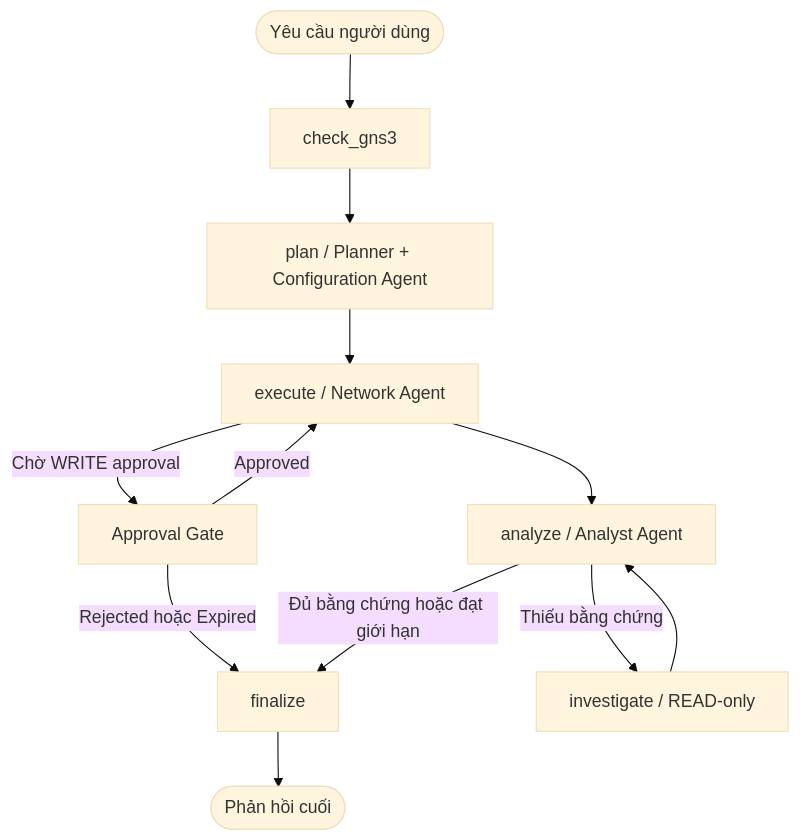
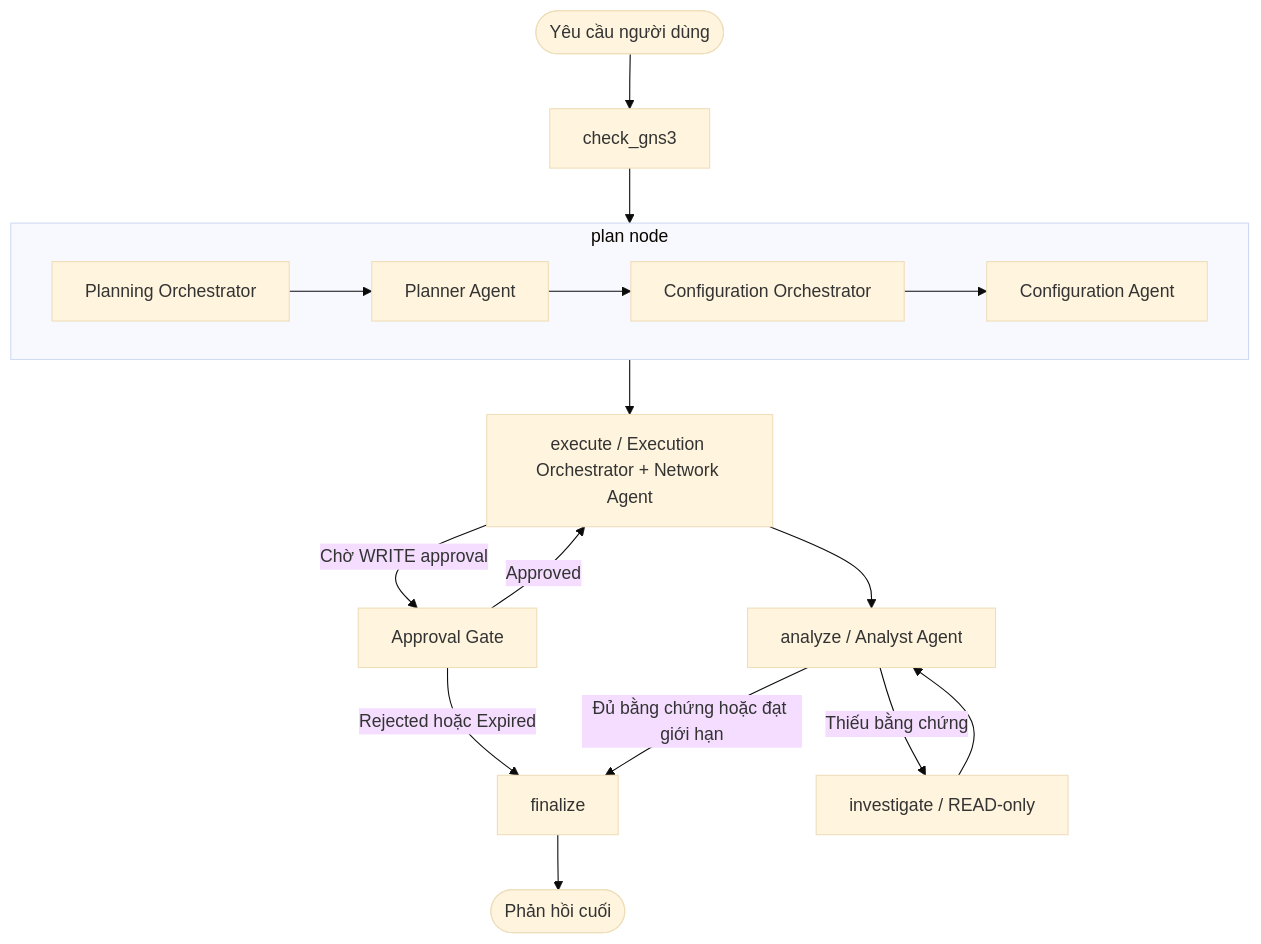
The third of 6 diagrams in docs/reports/report-end-of-term.md (mujin0422/network-multi-agent-system-backend), drawn with Mermaid (base theme) before and after one commit. The commit also changed other lines of this file, not shown here.

Commit message:
docs(report): detail multi-agent orchestration roles

````diff
--- a/docs/reports/report-end-of-term.md
+++ b/docs/reports/report-end-of-term.md
@@ -830,14 +885,20 @@
 ```mermaid
 flowchart TD
     START([Yêu cầu người dùng]) --> CHECK[check_gns3]
-    CHECK --> PLAN[plan / Planner + Configuration Agent]
-    PLAN --> EXEC[execute / Network Agent]
+    subgraph PLAN_NODE["plan node"]
+        direction LR
+        PLAN_ORCH[Planning Orchestrator] --> PLANNER[Planner Agent]
+        PLANNER --> CONFIG_ORCH[Configuration Orchestrator]
+        CONFIG_ORCH --> CONFIG_AGENT[Configuration Agent]
+    end
+    CHECK --> PLAN_ORCH
+    CONFIG_AGENT --> EXEC[execute / Execution Orchestrator + Network Agent]
     EXEC -->|Chờ WRITE approval| WAIT[Approval Gate]
     WAIT -->|Approved| EXEC
     WAIT -->|Rejected hoặc Expired| FINAL[finalize]
     EXEC --> ANALYZE[analyze / Analyst Agent]
     ANALYZE -->|Thiếu bằng chứng| INVESTIGATE[investigate / READ-only]
     INVESTIGATE --> ANALYZE
     ANALYZE -->|Đủ bằng chứng hoặc đạt giới hạn| FINAL
     FINAL --> END([Phản hồi cuối])
 ```
````
